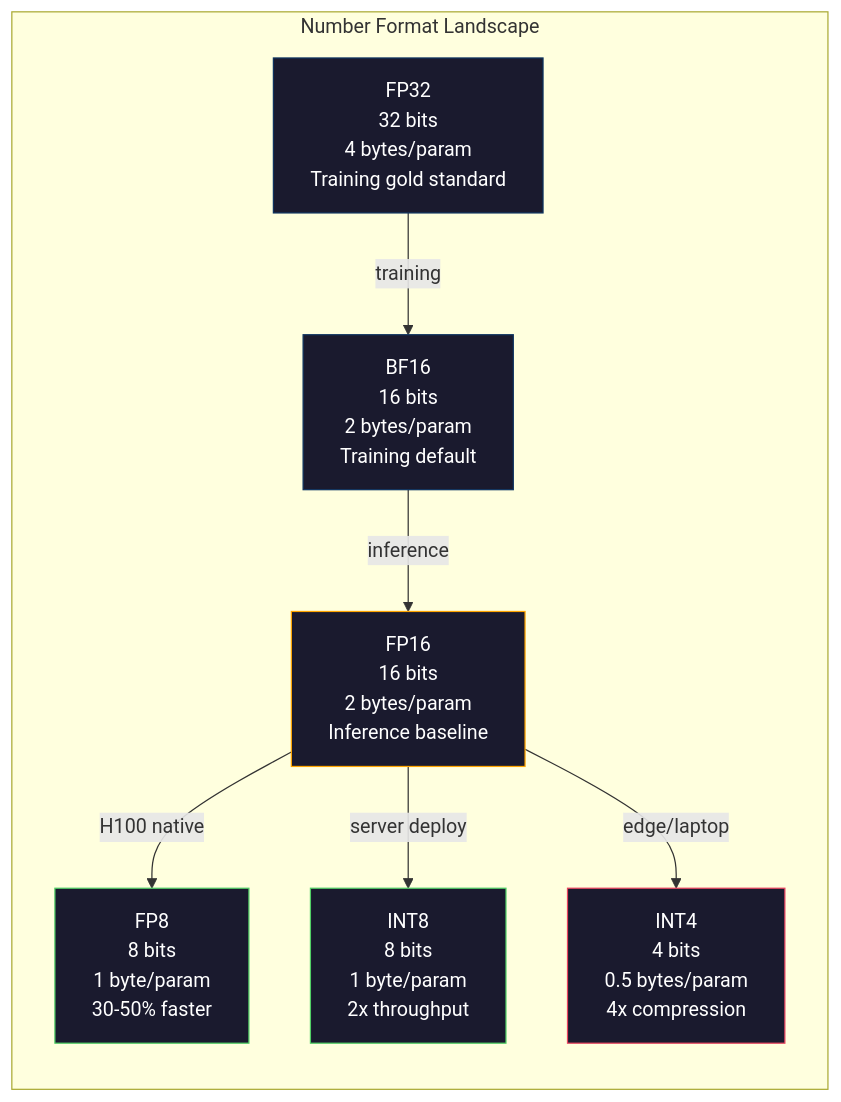
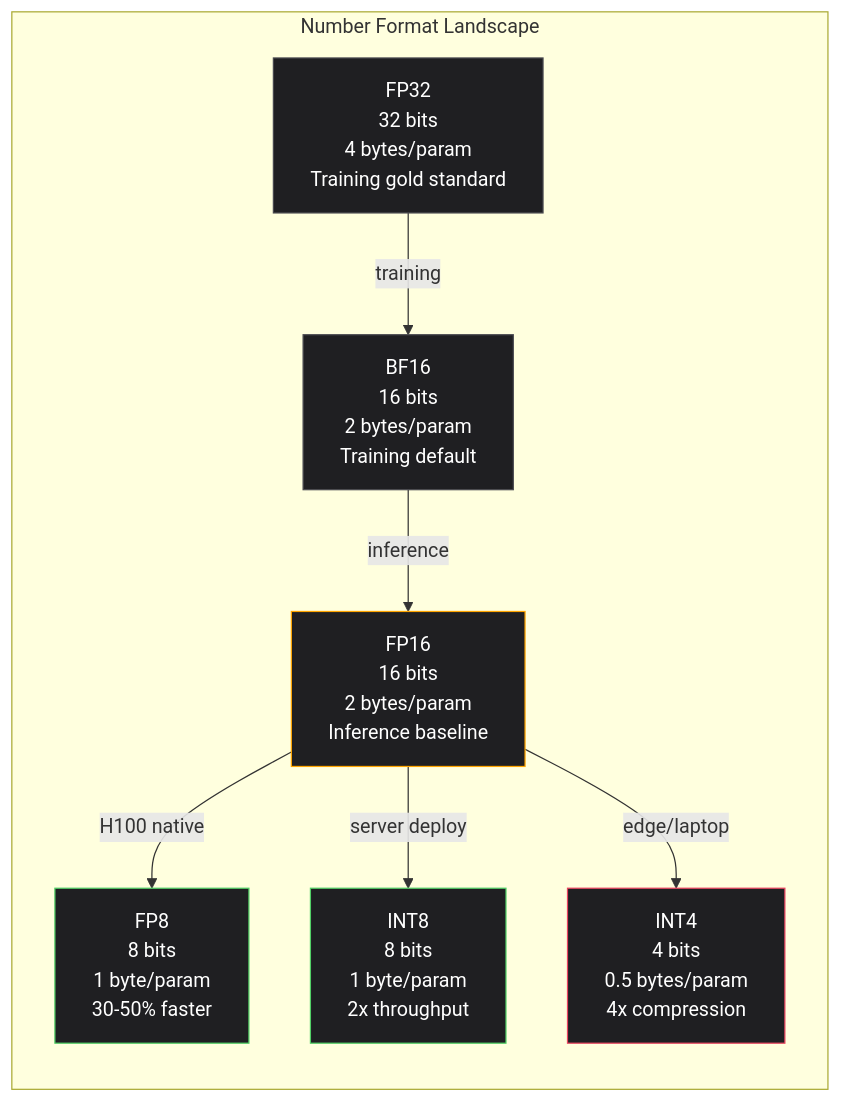
Before and after one commit to SystemaOps/ai-engineering-Systemaops: the first of 3 diagrams in phases/10-llms-from-scratch/11-quantization/docs/en.md, drawn with Mermaid. The commit also changed other lines of this file and 28 other files, not shown here.

````diff
--- a/phases/10-llms-from-scratch/11-quantization/docs/en.md
+++ b/phases/10-llms-from-scratch/11-quantization/docs/en.md
@@ -57,25 +57,25 @@
 ```mermaid
 graph LR
     subgraph Formats["Number Format Landscape"]
         direction TB
         FP32["FP32\n32 bits\n4 bytes/param\nTraining gold standard"]
         BF16["BF16\n16 bits\n2 bytes/param\nTraining default"]
         FP16["FP16\n16 bits\n2 bytes/param\nInference baseline"]
         FP8["FP8\n8 bits\n1 byte/param\n30-50% faster"]
         INT8["INT8\n8 bits\n1 byte/param\n2x throughput"]
         INT4["INT4\n4 bits\n0.5 bytes/param\n4x compression"]
     end
 
     FP32 -->|"training"| BF16
     BF16 -->|"inference"| FP16
     FP16 -->|"H100 native"| FP8
     FP16 -->|"server deploy"| INT8
     FP16 -->|"edge/laptop"| INT4
 
-    style FP32 fill:#1a1a2e,stroke:#0f3460,color:#fff
-    style BF16 fill:#1a1a2e,stroke:#0f3460,color:#fff
-    style FP16 fill:#1a1a2e,stroke:#ffa500,color:#fff
-    style FP8 fill:#1a1a2e,stroke:#51cf66,color:#fff
-    style INT8 fill:#1a1a2e,stroke:#51cf66,color:#fff
-    style INT4 fill:#1a1a2e,stroke:#e94560,color:#fff
+    style FP32 fill:#1f1f22,stroke:#4a4a50,color:#fff
+    style BF16 fill:#1f1f22,stroke:#4a4a50,color:#fff
+    style FP16 fill:#1f1f22,stroke:#ffa500,color:#fff
+    style FP8 fill:#1f1f22,stroke:#51cf66,color:#fff
+    style INT8 fill:#1f1f22,stroke:#51cf66,color:#fff
+    style INT4 fill:#1f1f22,stroke:#e94560,color:#fff
 ```
````
